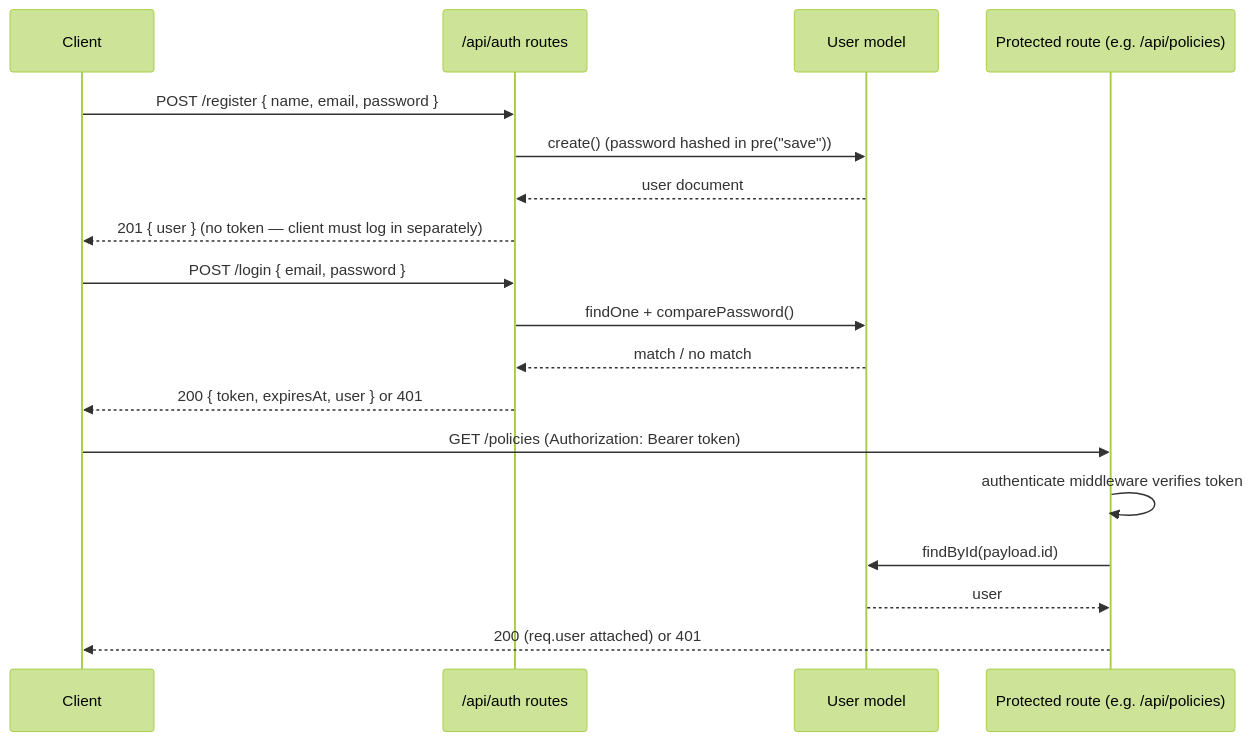
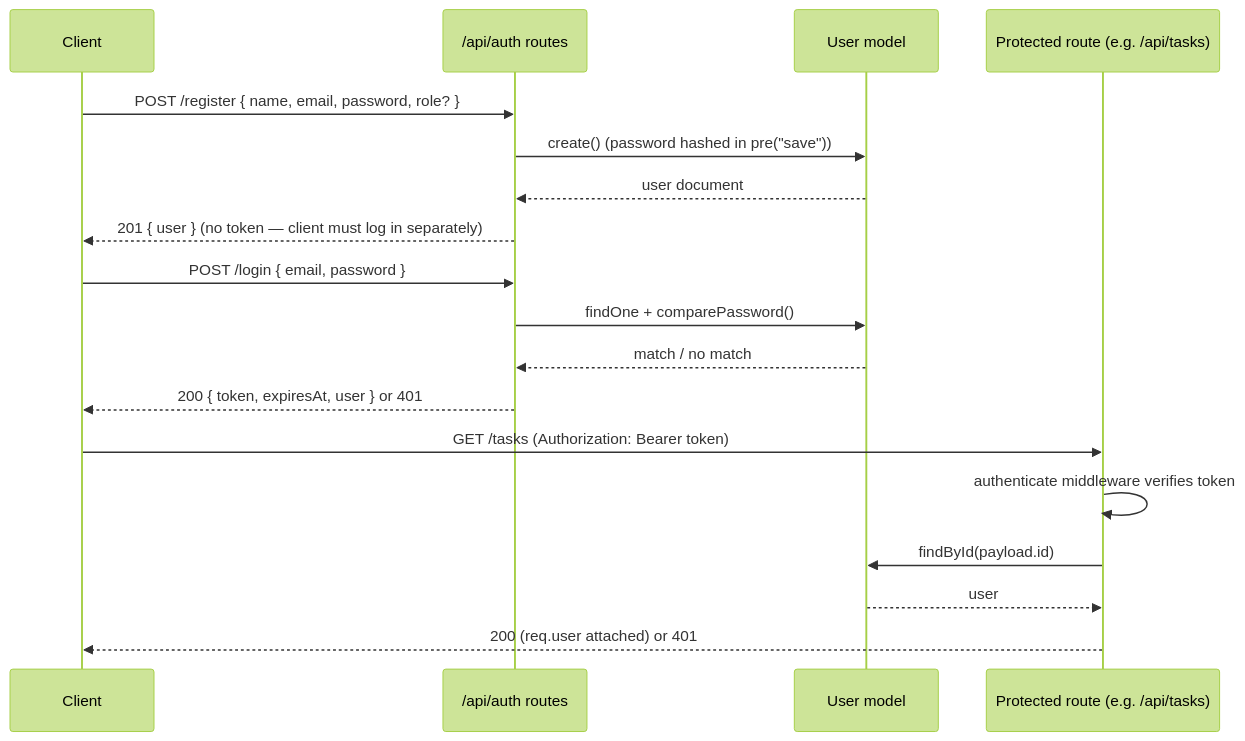
One commit to iltStudent11/FSEP-Final-Project-Task-Tracker changed the fourth of 8 diagrams in docs/ARCHITECTURE.md. Above: the diagram before and after it, drawn with Mermaid (forest theme). The commit also changed other lines of this file, not shown here.

Commit message:
fix: enhance architecture documentation for clarity and accuracy

````diff
--- a/docs/ARCHITECTURE.md
+++ b/docs/ARCHITECTURE.md
@@ -59,23 +64,23 @@
 ```mermaid
 sequenceDiagram
     participant C as Client
     participant A as /api/auth routes
     participant U as User model
-    participant R as Protected route (e.g. /api/policies)
+    participant R as Protected route (e.g. /api/tasks)
 
-    C->>A: POST /register { name, email, password }
+    C->>A: POST /register { name, email, password, role? }
     A->>U: create() (password hashed in pre("save"))
     U-->>A: user document
     A-->>C: 201 { user } (no token — client must log in separately)
 
     C->>A: POST /login { email, password }
     A->>U: findOne + comparePassword()
     U-->>A: match / no match
     A-->>C: 200 { token, expiresAt, user } or 401
 
-    C->>R: GET /policies (Authorization: Bearer token)
+    C->>R: GET /tasks (Authorization: Bearer token)
     R->>R: authenticate middleware verifies token
     R->>U: findById(payload.id)
     U-->>R: user
     R-->>C: 200 (req.user attached) or 401
 ```
````
